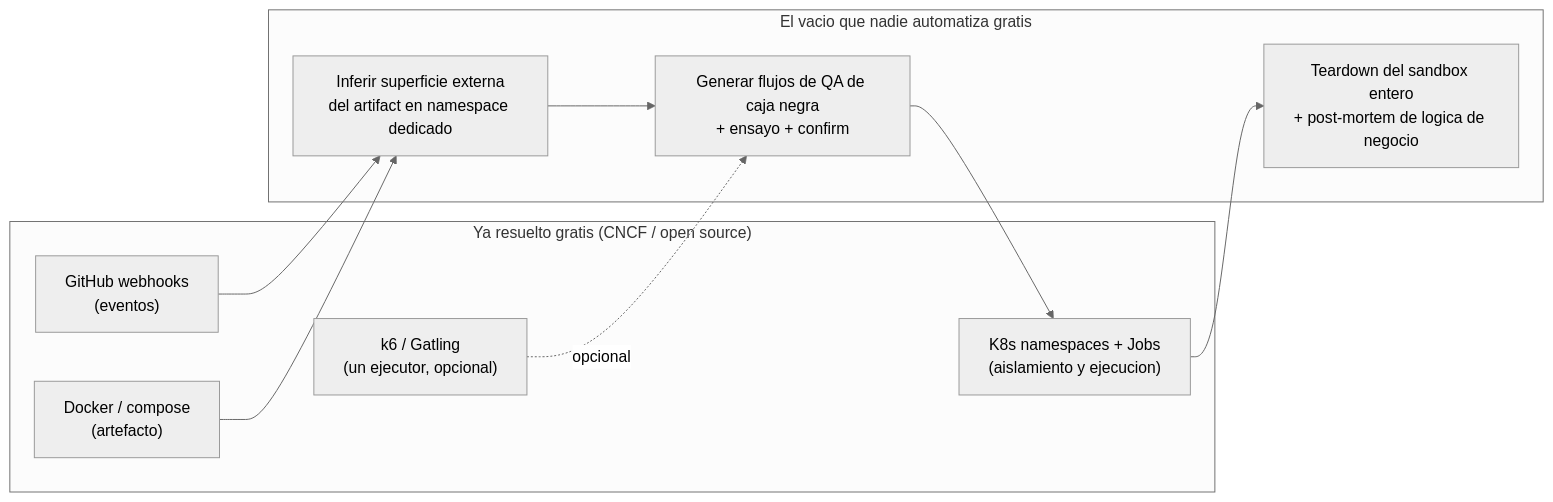
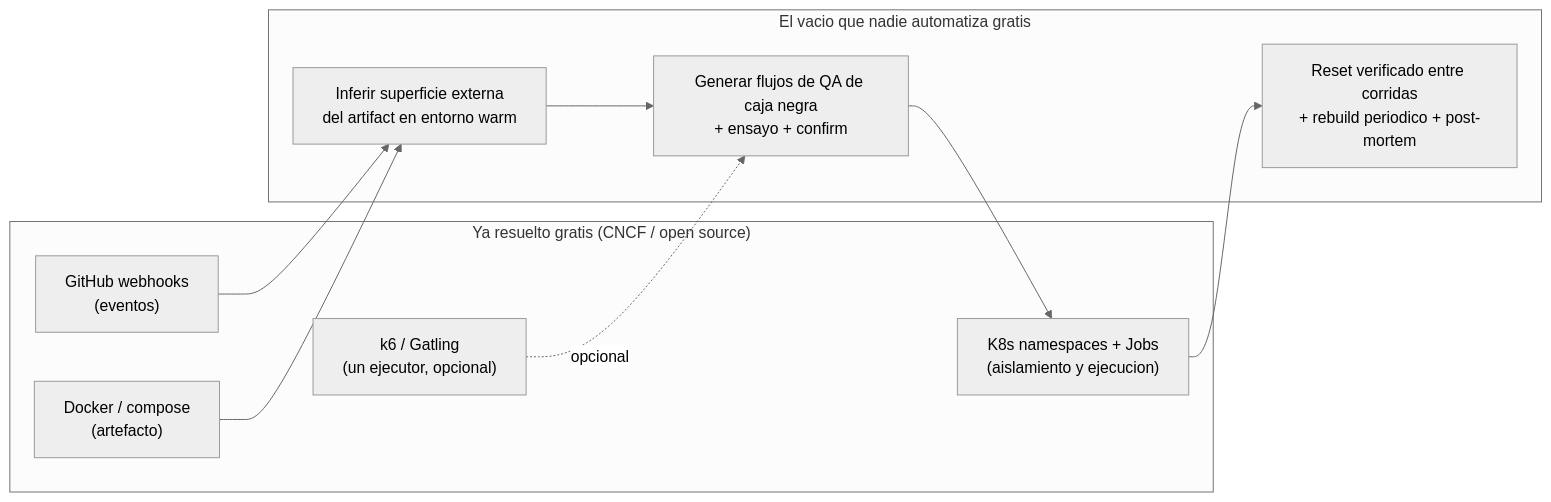
Before and after one commit to ogaston/agentic-qa-swarm: the first of 6 diagrams in specs/prd.md, drawn with Mermaid (neutral theme). The commit also changed other lines of this file and 3 other files, not shown here.

````diff
--- a/specs/prd.md
+++ b/specs/prd.md
@@ -114,20 +114,20 @@
 ```mermaid
 flowchart LR
     subgraph GRATIS["Ya resuelto gratis (CNCF / open source)"]
         A["GitHub webhooks<br/>(eventos)"]
         B["Docker / compose<br/>(artefacto)"]
         C["K8s namespaces + Jobs<br/>(aislamiento y ejecucion)"]
         D["k6 / Gatling<br/>(un ejecutor, opcional)"]
     end
     subgraph VACIO["El vacio que nadie automatiza gratis"]
-        E["Inferir superficie externa<br/>del artifact en namespace dedicado"]
+        E["Inferir superficie externa<br/>del artifact en entorno warm"]
         F["Generar flujos de QA de caja negra<br/>+ ensayo + confirm"]
-        G["Teardown del sandbox entero<br/>+ post-mortem de logica de negocio"]
+        G["Reset verificado entre corridas<br/>+ rebuild periodico + post-mortem"]
     end
     A --> E
     B --> E
     E --> F
     F --> C
     C --> G
     D -.opcional.-> F
 ```
````
